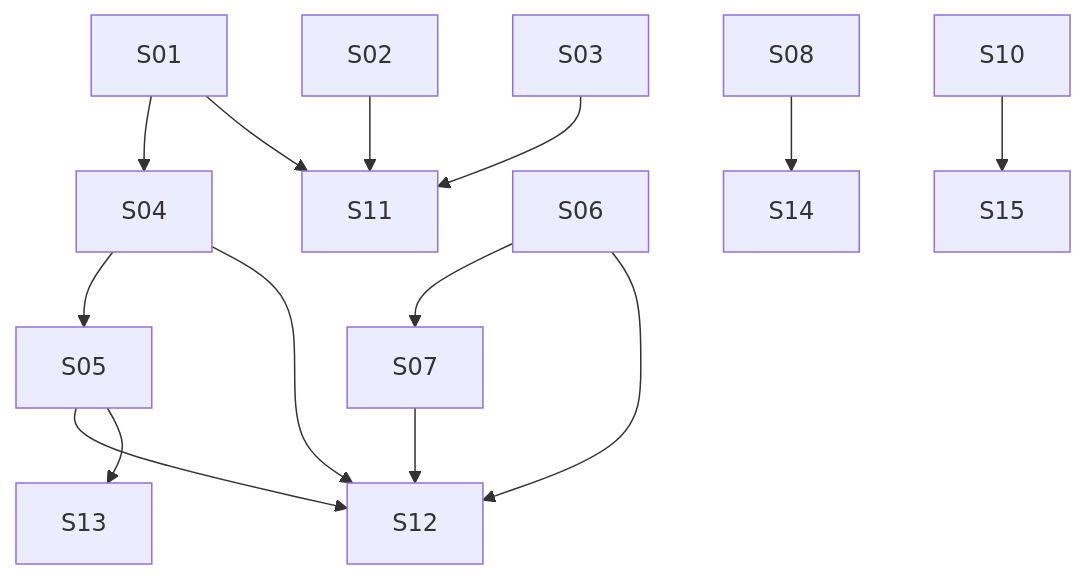
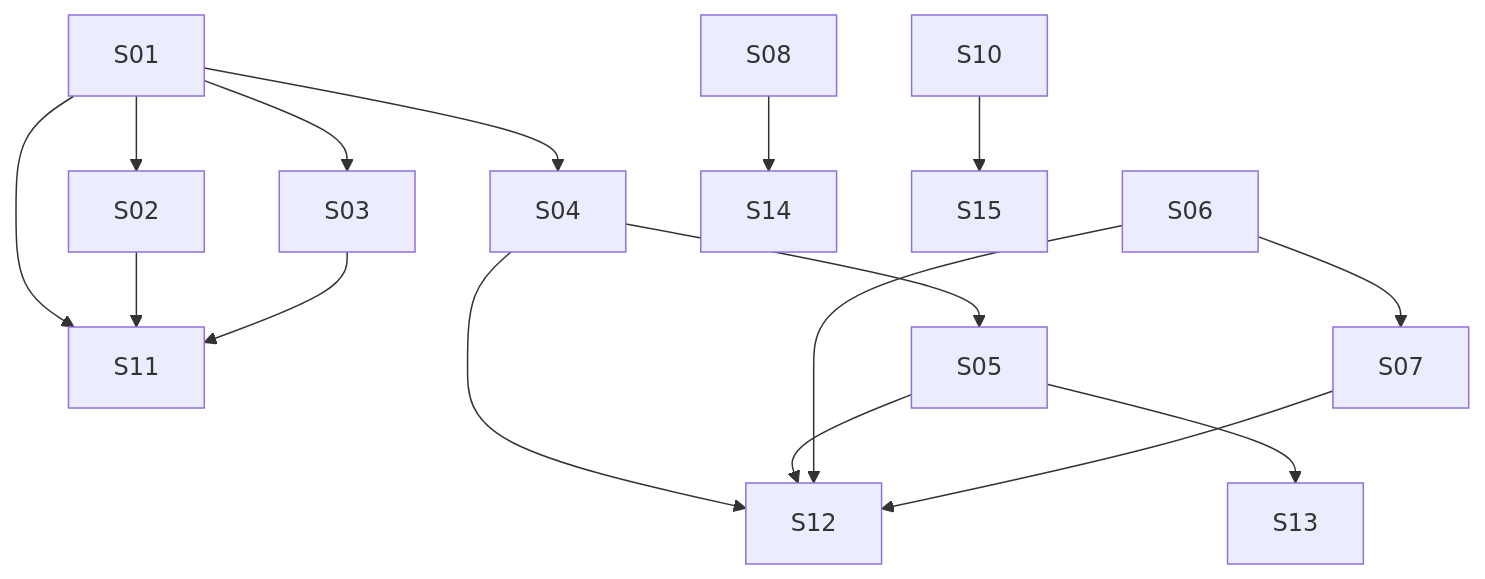
Before and after one commit to lmmoreira/ikaro: the diagram in plan/M23-MULTIVERTICAL-APPOINTMENT-BOOKING.md, drawn with Mermaid. The commit also changed other lines of this file and 5 other files, not shown here.

````diff
--- a/plan/M23-MULTIVERTICAL-APPOINTMENT-BOOKING.md
+++ b/plan/M23-MULTIVERTICAL-APPOINTMENT-BOOKING.md
@@ -35,16 +35,18 @@
 ```mermaid
 graph TD
+  S01 --> S02
+  S01 --> S03
   S01 --> S04
   S01 --> S11
   S02 --> S11
   S03 --> S11
   S04 --> S05
   S04 --> S12
   S05 --> S12
   S05 --> S13
   S06 --> S07
   S06 --> S12
   S07 --> S12
   S08 --> S14
   S10 --> S15
 ```
````
